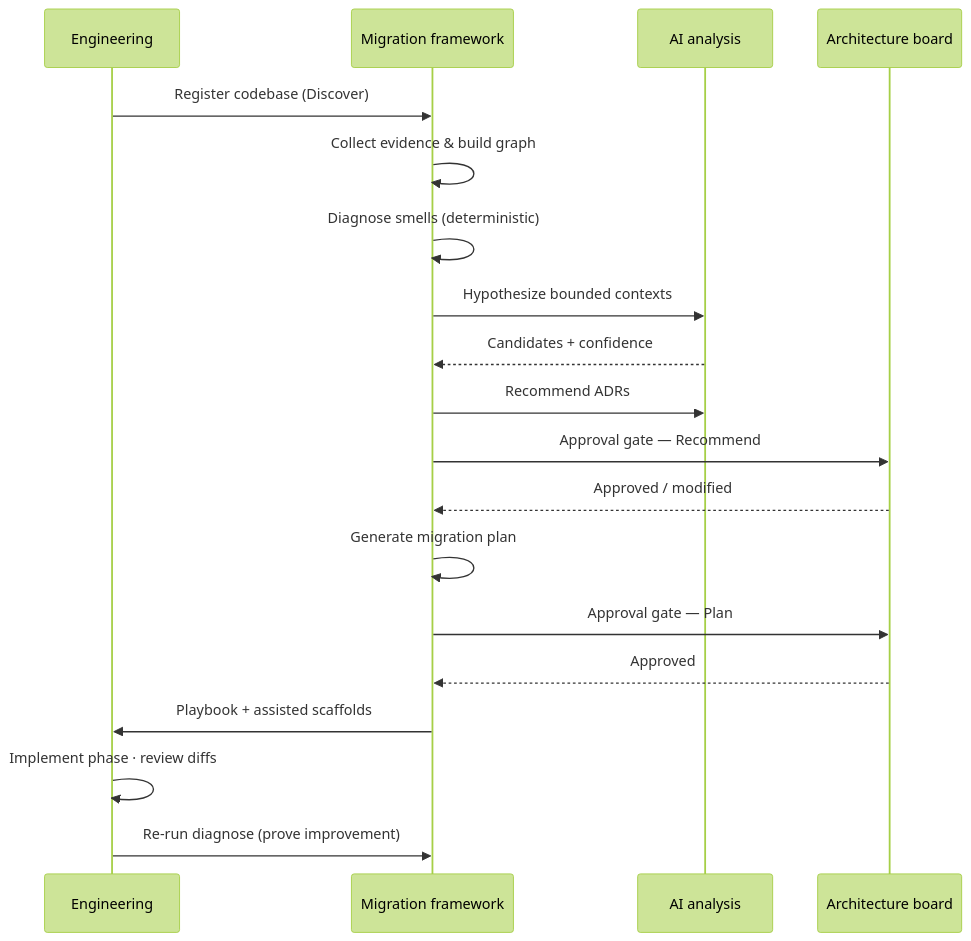
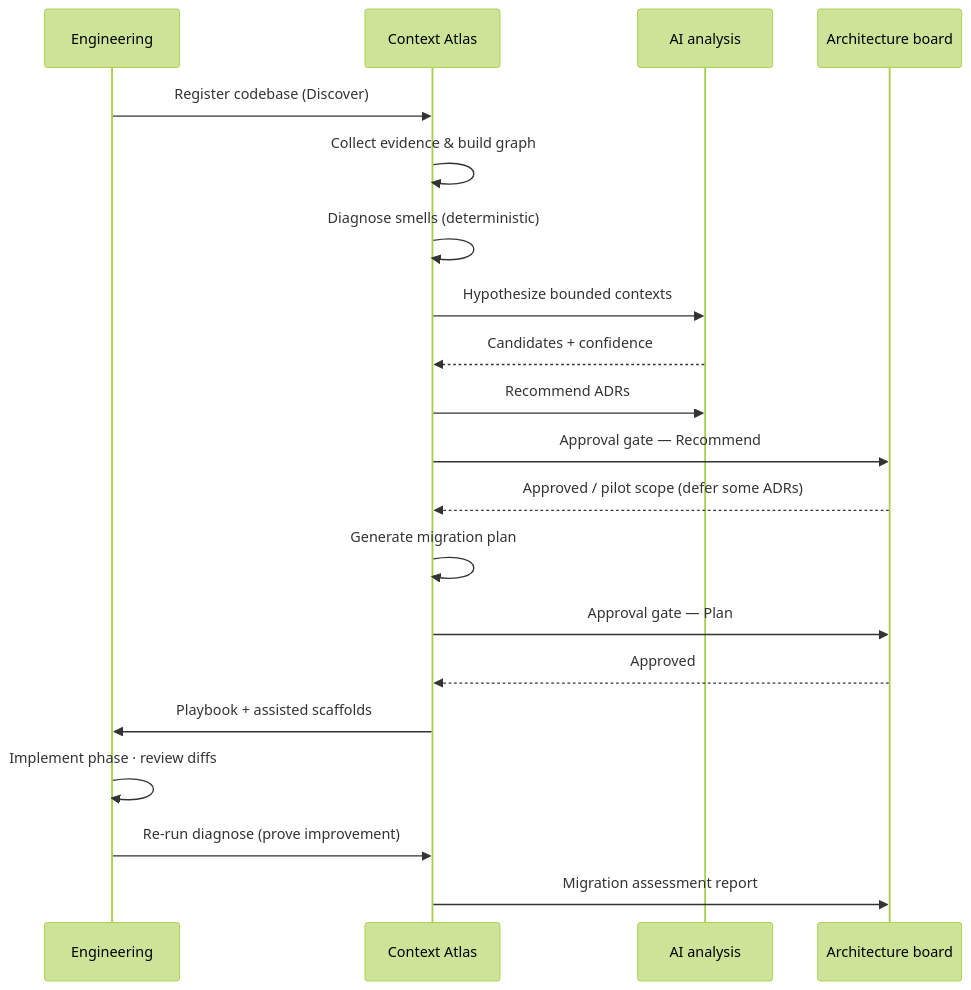
One commit to bsinha/AI_Driven_Project_Migration changed the second of 6 diagrams in docs/stakeholder-presentation.md. Above: the diagram before and after it, drawn with Mermaid (forest theme). The commit also changed other lines of this file and 7 other files, not shown here.

Commit message:
added name Context Atlas and added logo as well

````diff
--- a/docs/stakeholder-presentation.md
+++ b/docs/stakeholder-presentation.md
@@ -114,22 +130,23 @@
 ```mermaid
 sequenceDiagram
     participant Eng as Engineering
-    participant FW as Migration framework
+    participant FW as Context Atlas
     participant AI as AI analysis
     participant Arch as Architecture board
 
     Eng->>FW: Register codebase (Discover)
     FW->>FW: Collect evidence & build graph
     FW->>FW: Diagnose smells (deterministic)
     FW->>AI: Hypothesize bounded contexts
     AI-->>FW: Candidates + confidence
     FW->>AI: Recommend ADRs
     FW->>Arch: Approval gate — Recommend
-    Arch-->>FW: Approved / modified
+    Arch-->>FW: Approved / pilot scope (defer some ADRs)
     FW->>FW: Generate migration plan
     FW->>Arch: Approval gate — Plan
     Arch-->>FW: Approved
     FW->>Eng: Playbook + assisted scaffolds
     Eng->>Eng: Implement phase · review diffs
     Eng->>FW: Re-run diagnose (prove improvement)
+    FW->>Arch: Migration assessment report
 ```
````
